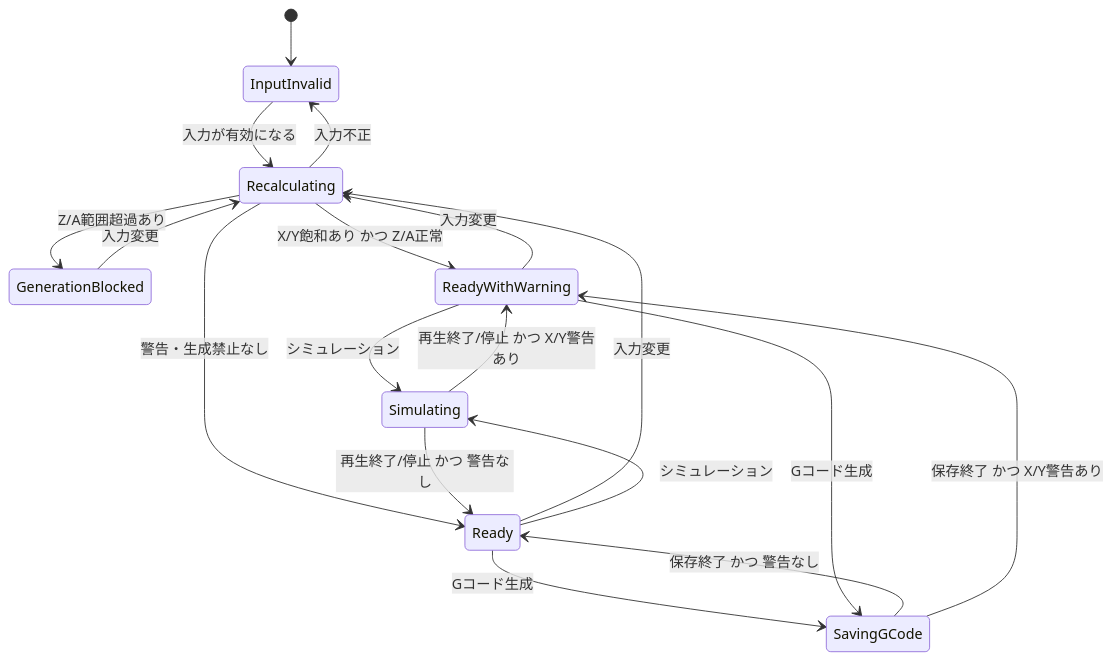
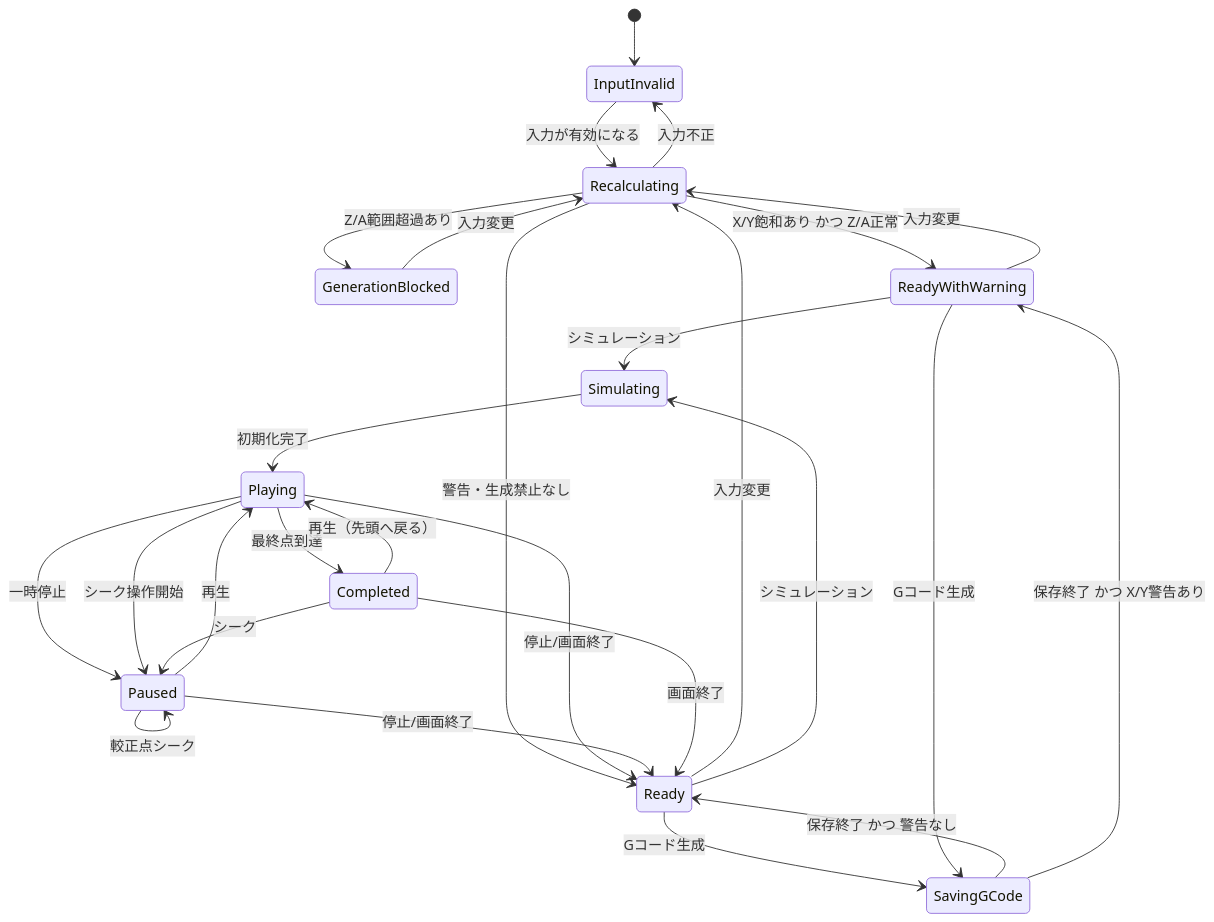
Before and after one commit to Pakfat50/FiveHolePitotTubeCalibration: diagram 12 of 12 in docs/architecture_design.md, drawn with Mermaid. The commit also changed other lines of this file, not shown here.

Commit message:
docs: update simulation playback architecture

````diff
--- a/docs/architecture_design.md
+++ b/docs/architecture_design.md
@@ -653,20 +685,29 @@
 ```mermaid
 stateDiagram-v2
     [*] --> InputInvalid
     InputInvalid --> Recalculating: 入力が有効になる
     Recalculating --> GenerationBlocked: Z/A範囲超過あり
     Recalculating --> ReadyWithWarning: X/Y飽和あり かつ Z/A正常
     Recalculating --> Ready: 警告・生成禁止なし
     Recalculating --> InputInvalid: 入力不正
     Ready --> Recalculating: 入力変更
     ReadyWithWarning --> Recalculating: 入力変更
     GenerationBlocked --> Recalculating: 入力変更
     Ready --> Simulating: シミュレーション
     ReadyWithWarning --> Simulating: シミュレーション
-    Simulating --> Ready: 再生終了/停止 かつ 警告なし
-    Simulating --> ReadyWithWarning: 再生終了/停止 かつ X/Y警告あり
+    Simulating --> Playing: 初期化完了
+    Playing --> Paused: 一時停止
+    Playing --> Paused: シーク操作開始
+    Paused --> Paused: 較正点シーク
+    Paused --> Playing: 再生
+    Playing --> Completed: 最終点到達
+    Completed --> Playing: 再生（先頭へ戻る）
+    Completed --> Paused: シーク
+    Playing --> Ready: 停止/画面終了
+    Paused --> Ready: 停止/画面終了
+    Completed --> Ready: 画面終了
     Ready --> SavingGCode: Gコード生成
     ReadyWithWarning --> SavingGCode: Gコード生成
     SavingGCode --> Ready: 保存終了 かつ 警告なし
     SavingGCode --> ReadyWithWarning: 保存終了 かつ X/Y警告あり
 ```
````
